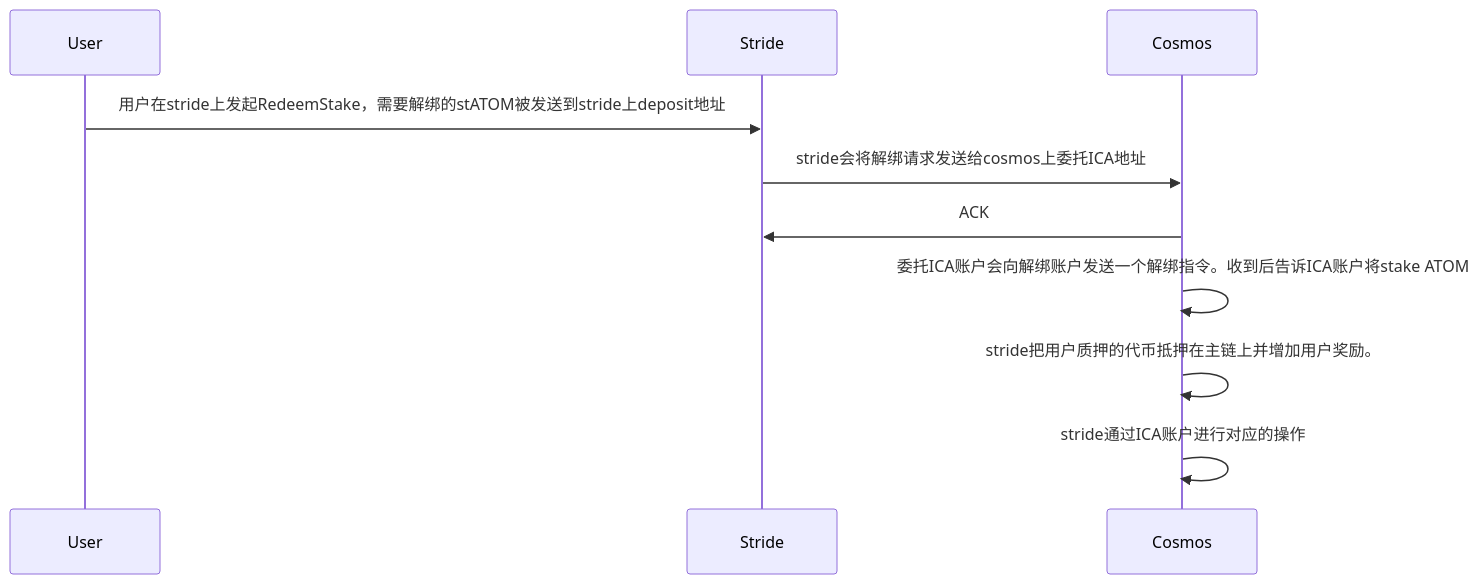
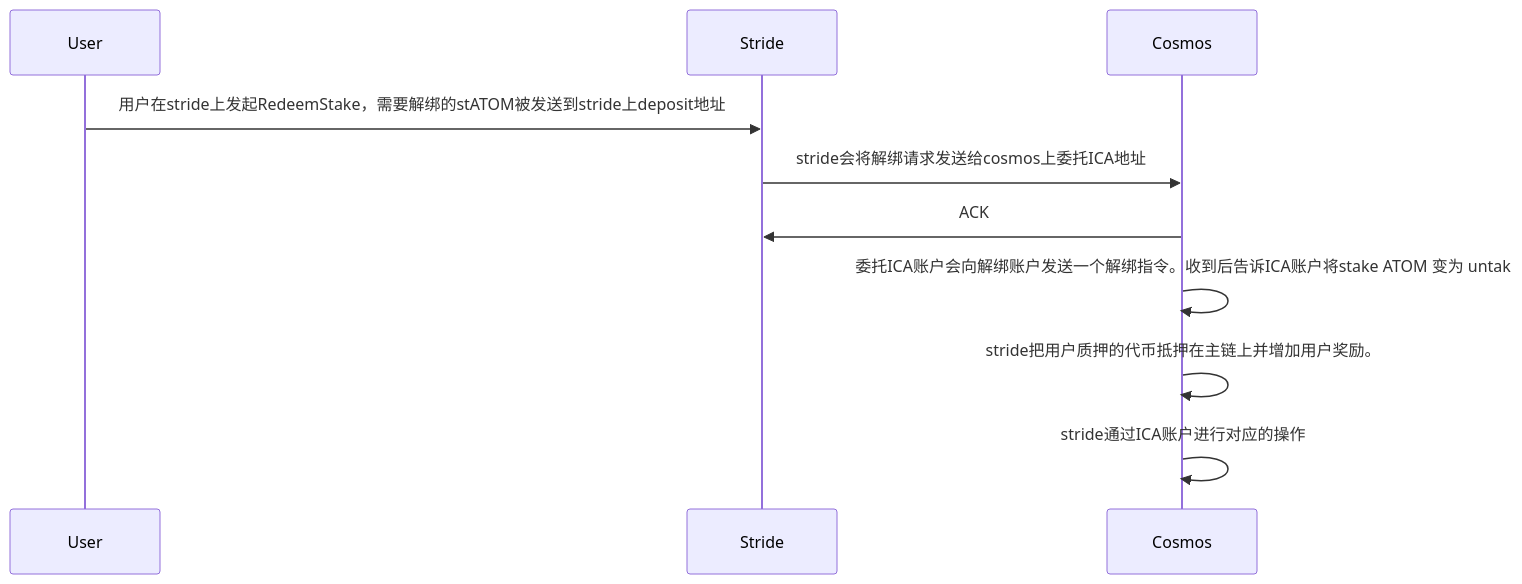
The diagram in all/unbonding.md (yingjianzh/iodraw-files), drawn with Mermaid before and after one commit.

Commit message:
2024-03-28 15:17:01 update

````diff
--- a/all/unbonding.md
+++ b/all/unbonding.md
@@ -1,9 +1,9 @@
 ```mermaid
 sequenceDiagram
     User->>Stride: 用户在stride上发起RedeemStake，需要解绑的stATOM被发送到stride上deposit地址
     Stride->>Cosmos: stride会将解绑请求发送给cosmos上委托ICA地址
     Cosmos->>Stride: ACK
-    Cosmos->>Cosmos: 委托ICA账户会向解绑账户发送一个解绑指令。收到后告诉ICA账户将stake ATOM 
+    Cosmos->>Cosmos: 委托ICA账户会向解绑账户发送一个解绑指令。收到后告诉ICA账户将stake ATOM 变为 untak
     Cosmos->>Cosmos: stride把用户质押的代币抵押在主链上并增加用户奖励。
     Cosmos->>Cosmos: stride通过ICA账户进行对应的操作
 ```
````
